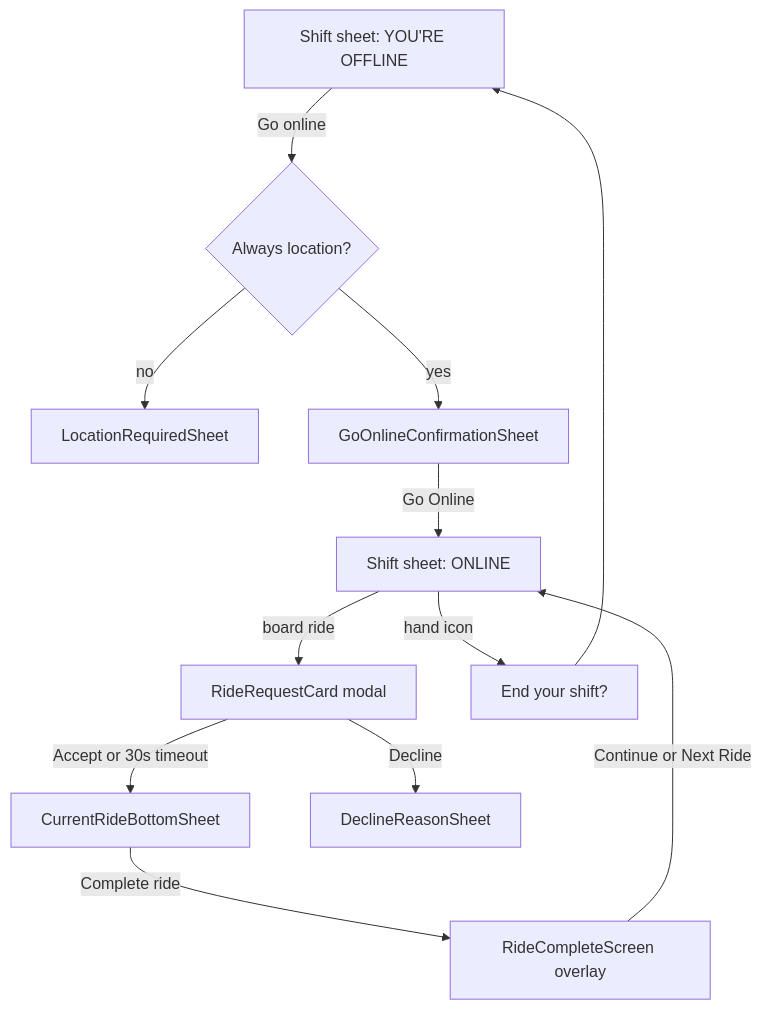
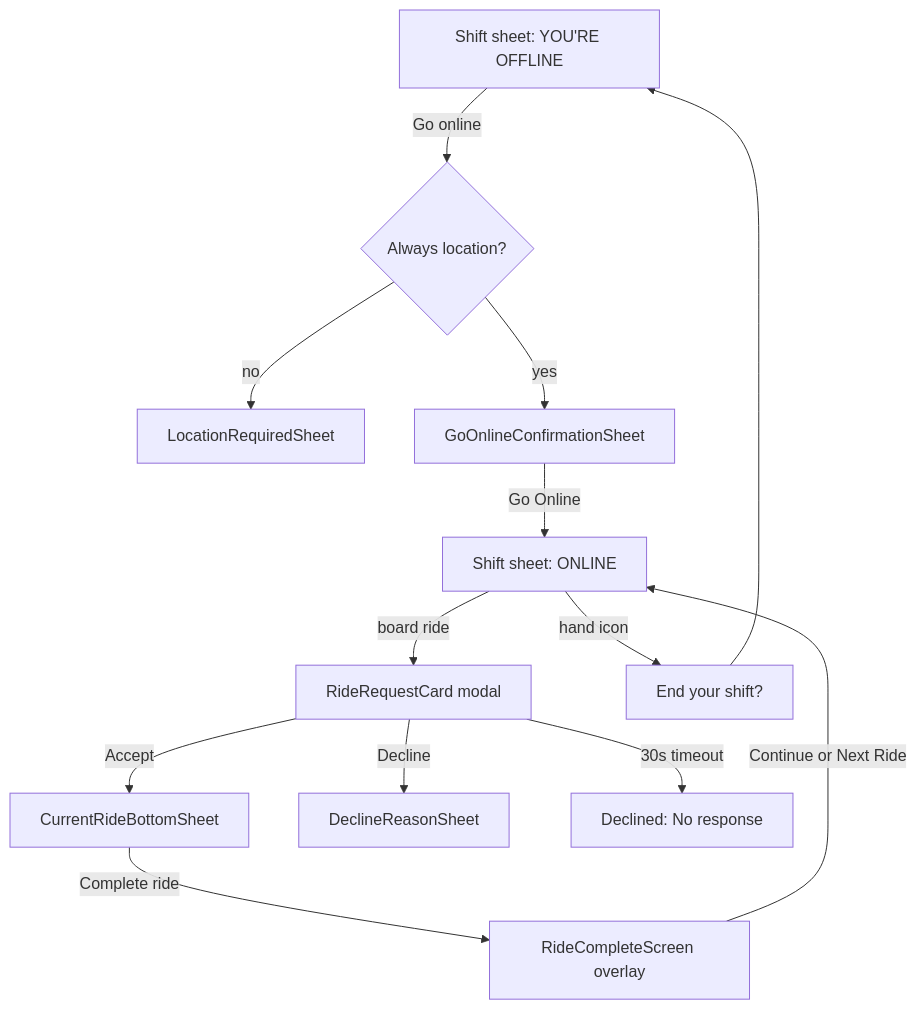
The diagram in engineering/mobile/driver-experience.mdx (rideyelo/docs), drawn with Mermaid before and after one commit. The commit also changed other lines of this file and 5 other files, not shown here.

Commit message:
docs: ride request timeout-decline, reworked request card, opt-in auto-queue

````diff
--- a/engineering/mobile/driver-experience.mdx
+++ b/engineering/mobile/driver-experience.mdx
@@ -43,14 +43,15 @@
 ```mermaid
 flowchart TD
   OFF["Shift sheet: YOU'RE OFFLINE"] -->|Go online| BG{"Always location?"}
   BG -->|no| LRS["LocationRequiredSheet"]
   BG -->|yes| GOS["GoOnlineConfirmationSheet"]
   GOS -->|Go Online| ON["Shift sheet: ONLINE"]
   ON -->|board ride| CARD["RideRequestCard modal"]
-  CARD -->|Accept or 30s timeout| CUR["CurrentRideBottomSheet"]
+  CARD -->|Accept| CUR["CurrentRideBottomSheet"]
   CARD -->|Decline| DEC["DeclineReasonSheet"]
+  CARD -->|30s timeout| TO["Declined: No response"]
   CUR -->|Complete ride| DONE["RideCompleteScreen overlay"]
   DONE -->|Continue or Next Ride| ON
   ON -->|hand icon| GOFF["End your shift?"]
   GOFF --> OFF
 ```
````
